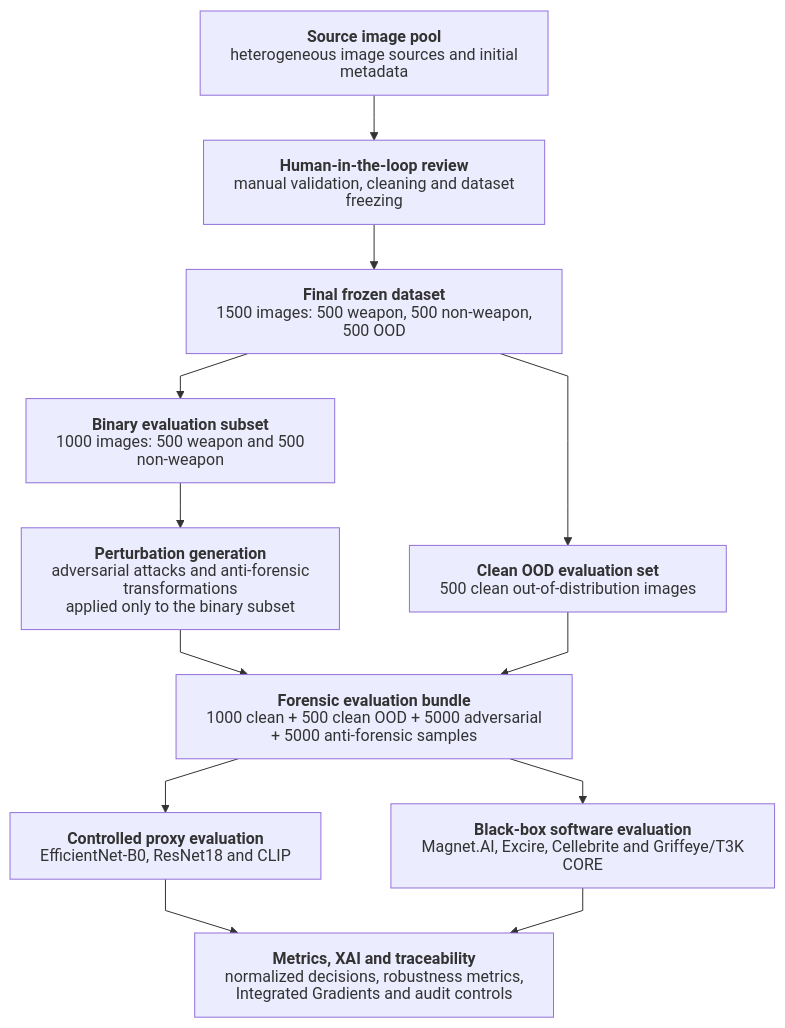
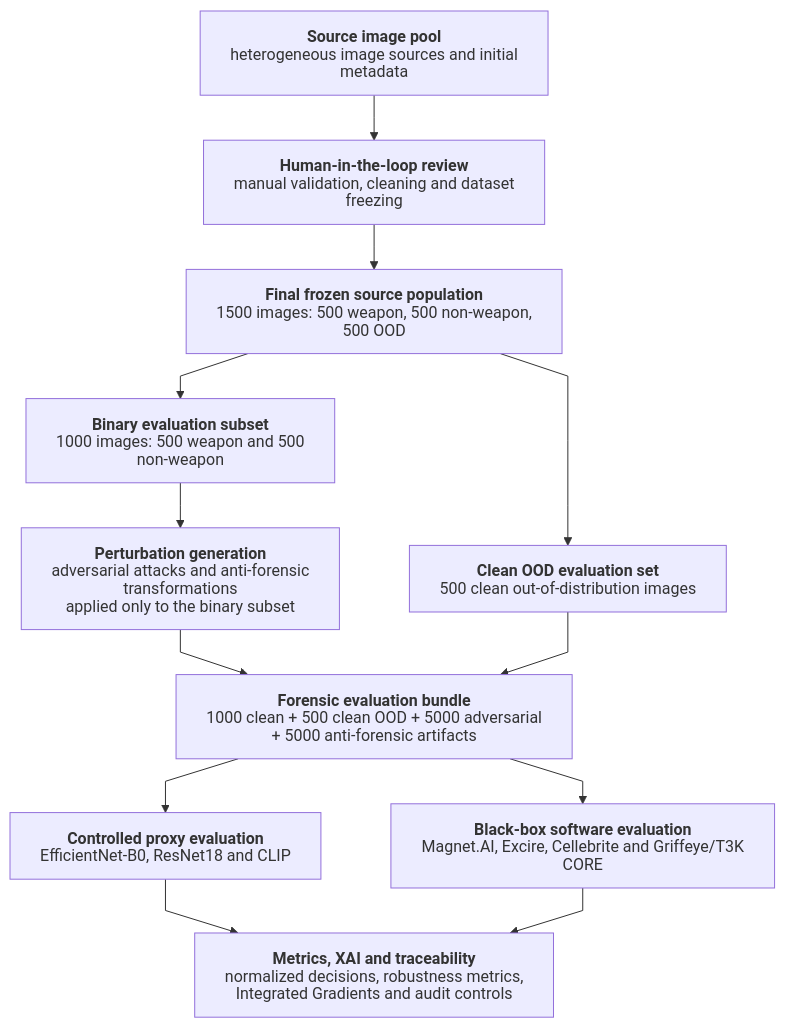
One commit to lmolinario/msc-thesis-ai-robustness-in-digital-forensics changed the diagram in README.md. Above: the diagram before and after it, drawn with Mermaid. The commit also changed other lines of this file, not shown here.

Commit message:
docs: align root README with final thesis terminology

````diff
--- a/README.md
+++ b/README.md
@@ -55,47 +61,47 @@
 ```mermaid
 %%{init: {
   "htmlLabels": false,
   "flowchart": {
     "curve": "linear",
     "nodeSpacing": 70,
     "rankSpacing": 45,
     "wrappingWidth": 340,
     "useMaxWidth": true
   }
 }}%%
 flowchart TD
     A["`**Source image pool**
 heterogeneous image sources and initial metadata`"]
     B["`**Human-in-the-loop review**
 manual validation, cleaning and dataset freezing`"]
-    C["`**Final frozen dataset**
+    C["`**Final frozen source population**
 1500 images: 500 weapon, 500 non-weapon, 500 OOD`"]
     D["`**Binary evaluation subset**
 1000 images: 500 weapon and 500 non-weapon`"]
     E["`**Clean OOD evaluation set**
 500 clean out-of-distribution images`"]
     F["`**Perturbation generation**
 adversarial attacks and anti-forensic transformations
 applied only to the binary subset`"]
     H["`**Forensic evaluation bundle**
 1000 clean + 500 clean OOD + 5000 adversarial
-+ 5000 anti-forensic samples`"]
++ 5000 anti-forensic artifacts`"]
     G["`**Controlled proxy evaluation**
 EfficientNet-B0, ResNet18 and CLIP`"]
     I["`**Black-box software evaluation**
 Magnet.AI, Excire, Cellebrite and Griffeye/T3K CORE`"]
     J["`**Metrics, XAI and traceability**
 normalized decisions, robustness metrics,
 Integrated Gradients and audit controls`"]
 
     A --> B --> C
     C --> D
     C --> E
     D --> F
     F --> H
     E --> H
     H --> G
     H --> I
     G --> J
     I --> J
 ```
````
